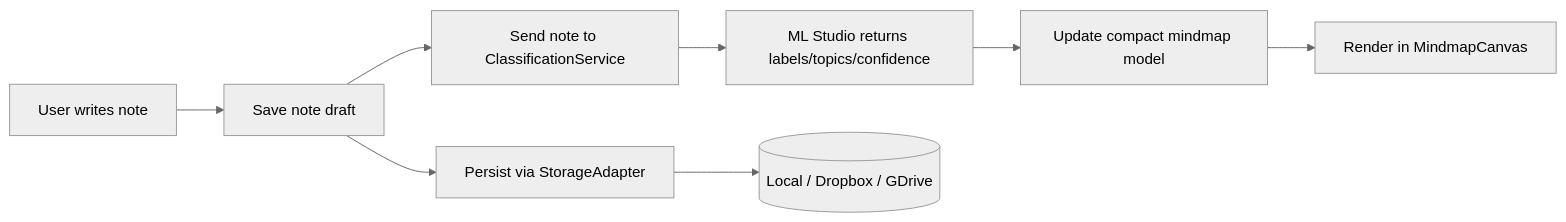
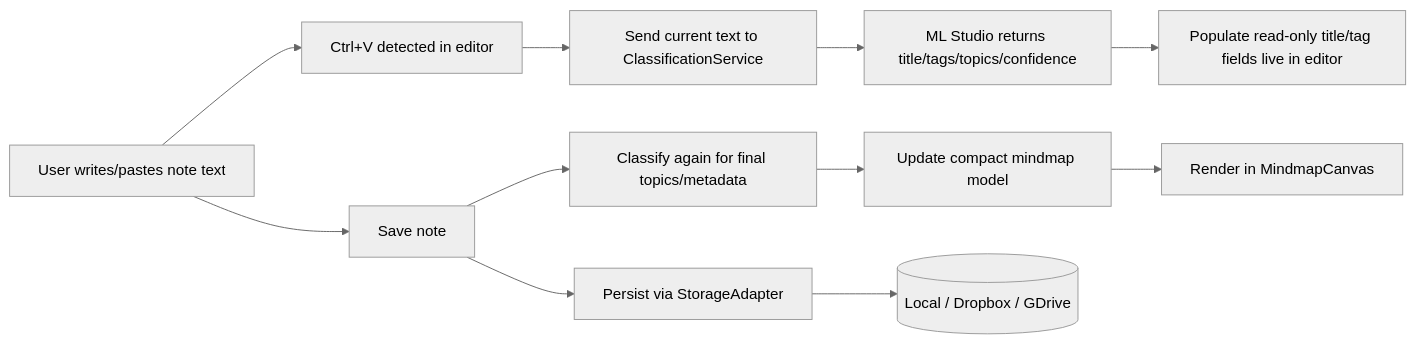
The diagram in docs/architecture.md (defdac/astrocyte), drawn with Mermaid (neutral theme) before and after one commit. The commit also changed other lines of this file and 4 other files, not shown here.

Commit message:
Kör metadata-generering direkt vid Ctrl+V i editorn

````diff
--- a/docs/architecture.md
+++ b/docs/architecture.md
@@ -113,10 +113,13 @@
 ```mermaid
 flowchart LR
-  A[User writes note] --> B[Save note draft]
-  B --> C[Send note to ClassificationService]
-  C --> D[ML Studio returns labels/topics/confidence]
-  D --> E[Update compact mindmap model]
-  E --> F[Render in MindmapCanvas]
-  B --> G[Persist via StorageAdapter]
-  G --> H[(Local / Dropbox / GDrive)]
+  A[User writes/pastes note text] --> B[Ctrl+V detected in editor]
+  B --> C[Send current text to ClassificationService]
+  C --> D[ML Studio returns title/tags/topics/confidence]
+  D --> E[Populate read-only title/tag fields live in editor]
+  A --> F[Save note]
+  F --> G[Classify again for final topics/metadata]
+  G --> H[Update compact mindmap model]
+  H --> I[Render in MindmapCanvas]
+  F --> J[Persist via StorageAdapter]
+  J --> K[(Local / Dropbox / GDrive)]
 ```
````
